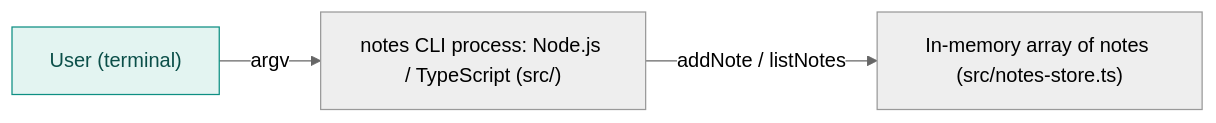
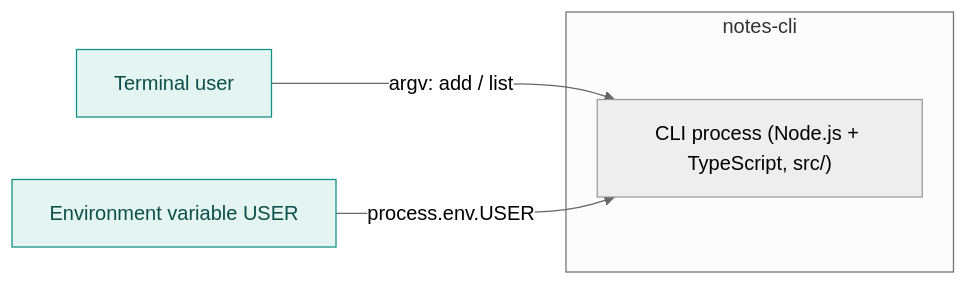
One commit to hxxnn/codemap changed the second of 3 diagrams in examples/ts-notes-cli/docs/codemap/architecture.md. Above: the diagram before and after it, drawn with Mermaid (neutral theme). The commit also changed other lines of this file and 35 other files, not shown here.

First line of the commit message:
test: regenerate examples with the final diagram rules

````diff
--- a/examples/ts-notes-cli/docs/codemap/architecture.md
+++ b/examples/ts-notes-cli/docs/codemap/architecture.md
@@ -30,9 +30,11 @@
 ```mermaid
 flowchart LR
-  n1["User (terminal)"]:::external
-  n2["notes CLI process: Node.js / TypeScript (src/)"]
-  n3["In-memory array of notes (src/notes-store.ts)"]
-  n1 -->|"argv"| n2
-  n2 -->|"addNote / listNotes"| n3
+  u["Terminal user"]:::external
+  env["Environment variable USER"]:::external
+  subgraph sys["notes-cli"]
+    cli["CLI process (Node.js + TypeScript, src/)"]
+  end
+  u -->|"argv: add / list"| cli
+  env -->|"process.env.USER"| cli
   classDef external fill:#E3F4F1,stroke:#0E8F83,color:#0B4F49
 ```
````
